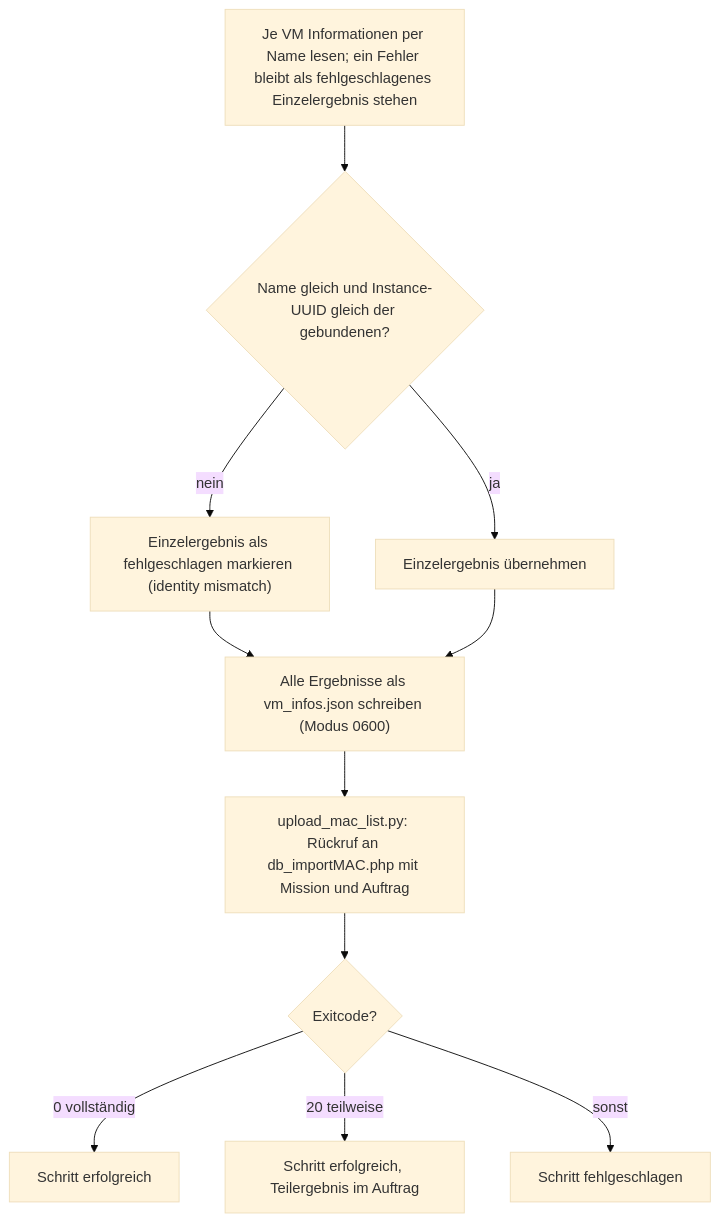
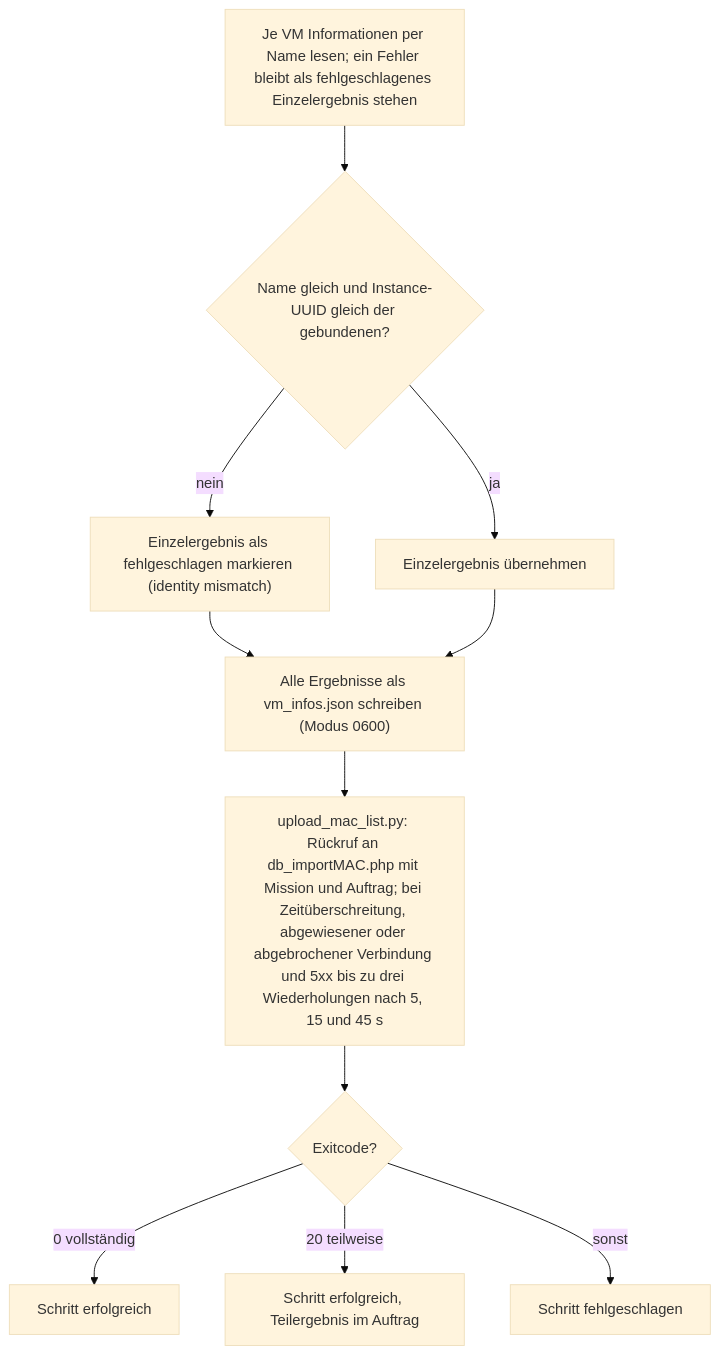
The tenth of 13 diagrams in docs/operations/deploy-flows.md (Samy94M/VirtuSphere-v2-WebApp), drawn with Mermaid (base theme) before and after one commit. The commit also changed other lines of this file and 36 other files, not shown here.

````diff
--- a/docs/operations/deploy-flows.md
+++ b/docs/operations/deploy-flows.md
@@ -325,13 +325,13 @@
 ```mermaid
 flowchart TD
   A["Je VM Informationen per Name lesen; ein Fehler bleibt als fehlgeschlagenes Einzelergebnis stehen"] --> B{"Name gleich und Instance-UUID gleich der gebundenen?"}
   B -->|nein| BX["Einzelergebnis als fehlgeschlagen markieren (identity mismatch)"]
   B -->|ja| BO["Einzelergebnis übernehmen"]
   BX --> C
   BO --> C["Alle Ergebnisse als vm_infos.json schreiben (Modus 0600)"]
-  C --> D["upload_mac_list.py: Rückruf an db_importMAC.php mit Mission und Auftrag"]
+  C --> D["upload_mac_list.py: Rückruf an db_importMAC.php mit Mission und Auftrag; bei Zeitüberschreitung, abgewiesener oder abgebrochener Verbindung und 5xx bis zu drei Wiederholungen nach 5, 15 und 45 s"]
   D --> E{"Exitcode?"}
   E -->|0 vollständig| E0["Schritt erfolgreich"]
   E -->|20 teilweise| E20["Schritt erfolgreich, Teilergebnis im Auftrag"]
   E -->|sonst| EX["Schritt fehlgeschlagen"]
 ```
````
